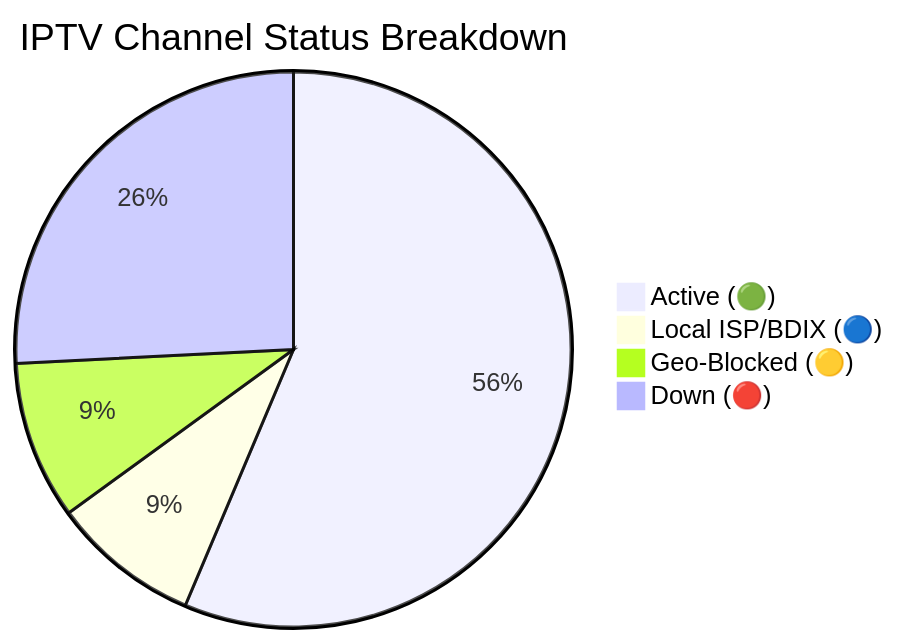
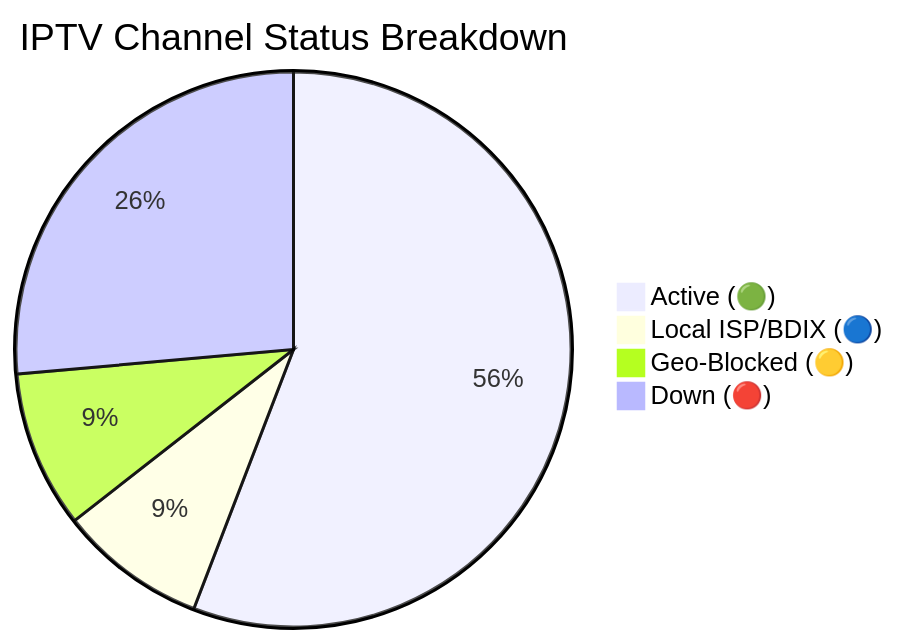
One commit to Zaman-Topu/Ip-tv-Collection changed the diagram in README.md. Above: the diagram before and after it, drawn with Mermaid. The commit also changed other lines of this file and 6 other files, not shown here.

````diff
--- a/README.md
+++ b/README.md
@@ -149,7 +149,7 @@
 ```mermaid
 pie title IPTV Channel Status Breakdown
-    "Active (🟢)" : 10466
-    "Local ISP/BDIX (🔵)" : 1602
-    "Geo-Blocked (🟡)" : 1709
-    "Down (🔴)" : 4791
+    "Active (🟢)" : 10390
+    "Local ISP/BDIX (🔵)" : 1600
+    "Geo-Blocked (🟡)" : 1702
+    "Down (🔴)" : 4914
 ```
````
